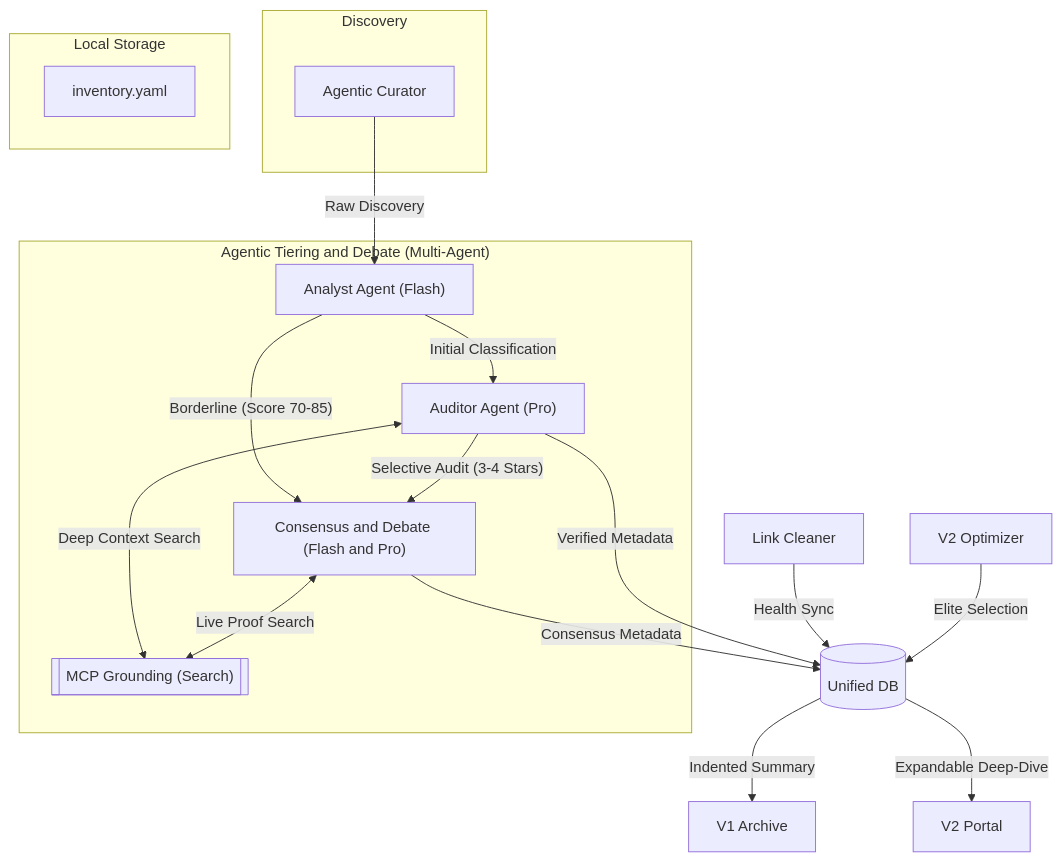
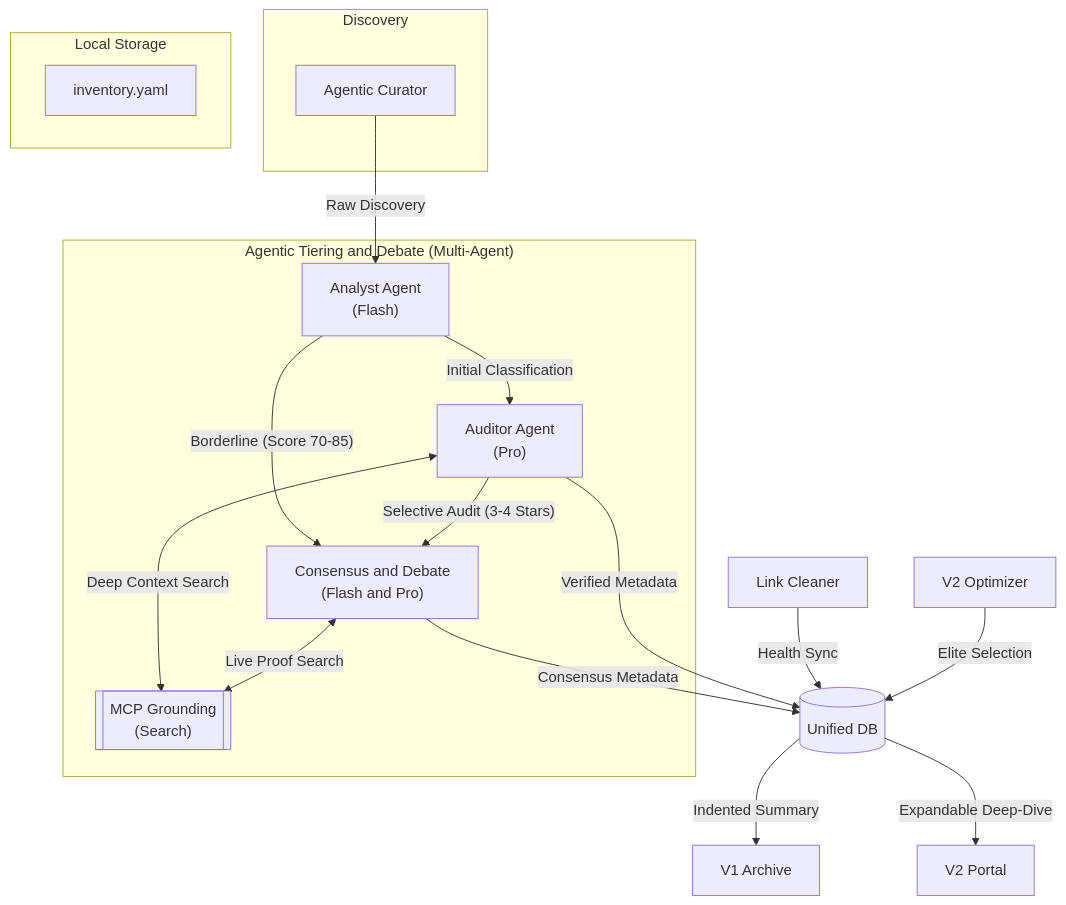
One commit to sec-js/awesome-kubernetes changed the tenth of 14 diagrams in README.md. Above: the diagram before and after it, drawn with Mermaid. The commit also changed other lines of this file, not shown here.

First line of the commit message:
docs(readme): DB architecture + full lifecycle mermaid diagrams, fix label cutoffs, refresh V2 features

````diff
--- a/README.md
+++ b/README.md
@@ -757,34 +842,34 @@
 ```mermaid
 graph TD
     subgraph Discovery
         AC["Agentic Curator"]
     end
 
     subgraph "Agentic Tiering and Debate (Multi-Agent)"
-        AA["Analyst Agent (Flash)"]
-        AV["Auditor Agent (Pro)"]
-        MCP[["MCP Grounding (Search)"]]
-        DBT["Consensus and Debate (Flash and Pro)"]
+        AA["Analyst Agent<br/>(Flash)"]
+        AV["Auditor Agent<br/>(Pro)"]
+        MCP[["MCP Grounding<br/>(Search)"]]
+        DBT["Consensus and Debate<br/>(Flash and Pro)"]
     end
 
     AC -->|"Raw Discovery"| AA
     AA -->|"Initial Classification"| AV
     AV <-->|"Deep Context Search"| MCP
     
     AA -->|"Borderline (Score 70-85)"| DBT
     AV -->|"Selective Audit (3-4 Stars)"| DBT
     DBT <-->|"Live Proof Search"| MCP
     
     DBT -->|"Consensus Metadata"| DB[("Unified DB")]
     AV -->|"Verified Metadata"| DB
 
     LC["Link Cleaner"] -->|"Health Sync"| DB
     V2["V2 Optimizer"] -->|"Elite Selection"| DB
 
     DB -->|"Indented Summary"| V1["V1 Archive"]
     DB -->|"Expandable Deep-Dive"| V2P["V2 Portal"]
 
     subgraph Local Storage
         DB1["inventory.yaml"]
     end
 ```
````
